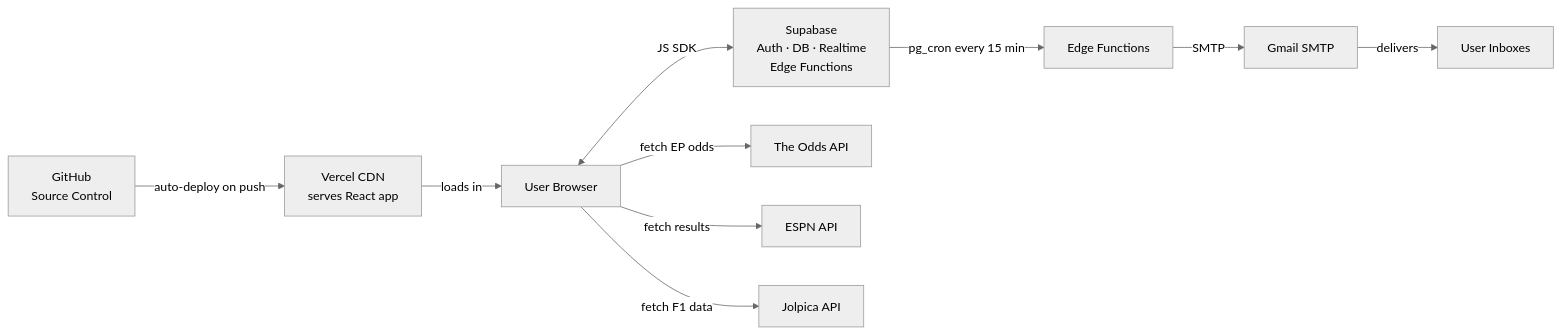
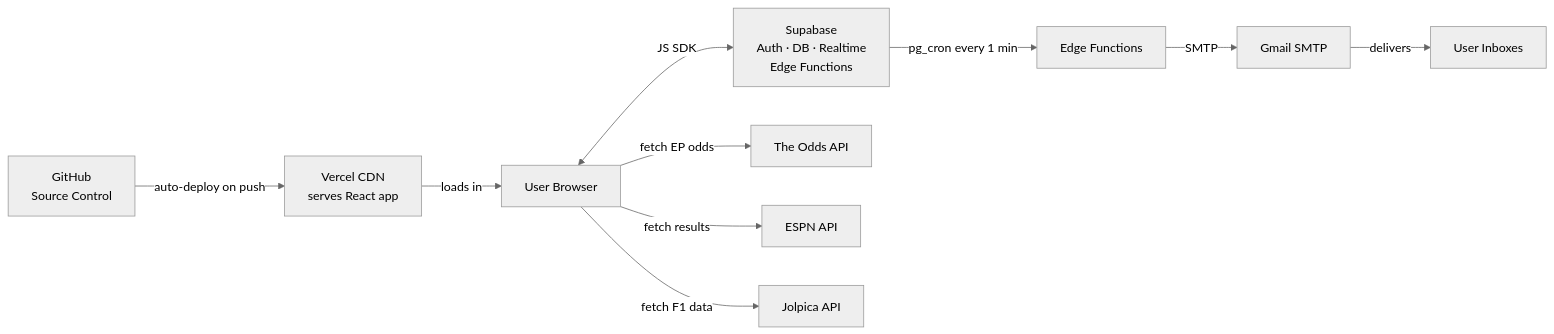
Before and after one commit to ayushm23/omnifantasy: the first of 4 diagrams in docs/ARCHITECTURE.md, drawn with Mermaid (neutral theme). The commit also changed other lines of this file and 3 other files, not shown here.

````diff
--- a/docs/ARCHITECTURE.md
+++ b/docs/ARCHITECTURE.md
@@ -11,12 +11,12 @@
 ```mermaid
 graph LR
     GitHub[GitHub\nSource Control] -->|auto-deploy on push| Vercel[Vercel CDN\nserves React app]
     Vercel -->|loads in| Browser[User Browser]
     Browser <-->|JS SDK| Supabase[Supabase\nAuth · DB · Realtime\nEdge Functions]
     Browser -->|fetch EP odds| OddsAPI[The Odds API]
     Browser -->|fetch results| ESPN[ESPN API]
     Browser -->|fetch F1 data| Jolpica[Jolpica API]
-    Supabase -->|pg_cron every 15 min| EdgeFn[Edge Functions]
+    Supabase -->|pg_cron every 1 min| EdgeFn[Edge Functions]
     EdgeFn -->|SMTP| Gmail[Gmail SMTP]
     Gmail -->|delivers| Inbox[User Inboxes]
 ```
````
